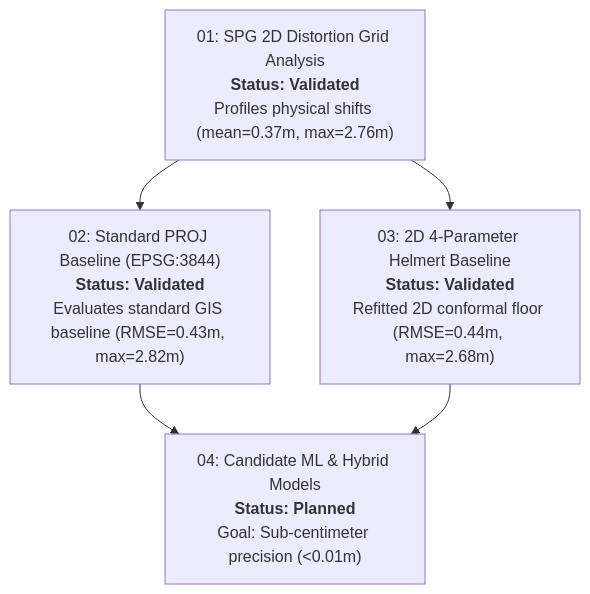
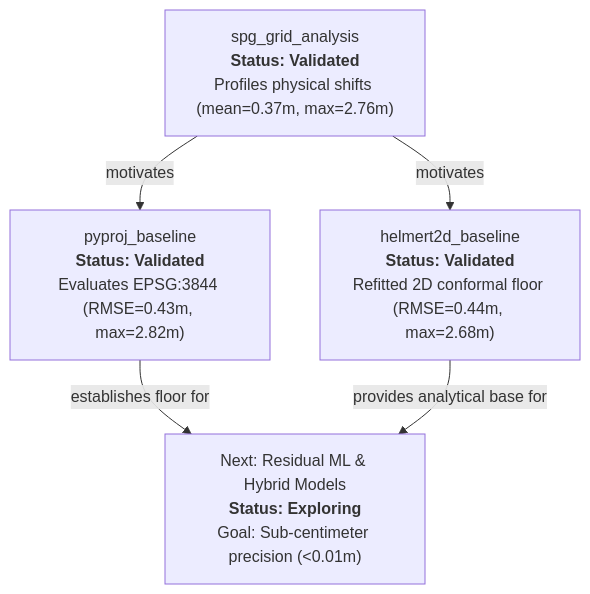
One commit to bogdanmorosanu/ml_transdat changed the diagram in docs/research/roadmap.md. Above: the diagram before and after it, drawn with Mermaid. The commit also changed other lines of this file and 47 other files, not shown here.

First line of the commit message:
feat(setup): modernize project architecture, personas, research graph, and slug workflows

````diff
--- a/docs/research/roadmap.md
+++ b/docs/research/roadmap.md
@@ -9,12 +11,12 @@
 ```mermaid
 flowchart TD
-    SPG["01: SPG 2D Distortion Grid Analysis<br><b>Status: Validated</b><br>Profiles physical shifts (mean=0.37m, max=2.76m)"]
-    PROJ["02: Standard PROJ Baseline (EPSG:3844)<br><b>Status: Validated</b><br>Evaluates standard GIS baseline (RMSE=0.43m, max=2.82m)"]
-    H2D["03: 2D 4-Parameter Helmert Baseline<br><b>Status: Validated</b><br>Refitted 2D conformal floor (RMSE=0.44m, max=2.68m)"]
-    ML["04: Candidate ML & Hybrid Models<br><b>Status: Planned</b><br>Goal: Sub-centimeter precision (<0.01m)"]
+    SPG["spg_grid_analysis<br><b>Status: Validated</b><br>Profiles physical shifts (mean=0.37m, max=2.76m)"]
+    PROJ["pyproj_baseline<br><b>Status: Validated</b><br>Evaluates EPSG:3844 (RMSE=0.43m, max=2.82m)"]
+    H2D["helmert2d_baseline<br><b>Status: Validated</b><br>Refitted 2D conformal floor (RMSE=0.44m, max=2.68m)"]
+    ML["Next: Residual ML & Hybrid Models<br><b>Status: Exploring</b><br>Goal: Sub-centimeter precision (<0.01m)"]
 
-    SPG --> PROJ
-    SPG --> H2D
-    PROJ --> ML
-    H2D --> ML
+    SPG -->|"motivates"| PROJ
+    SPG -->|"motivates"| H2D
+    PROJ -->|"establishes floor for"| ML
+    H2D -->|"provides analytical base for"| ML
 ```
````
